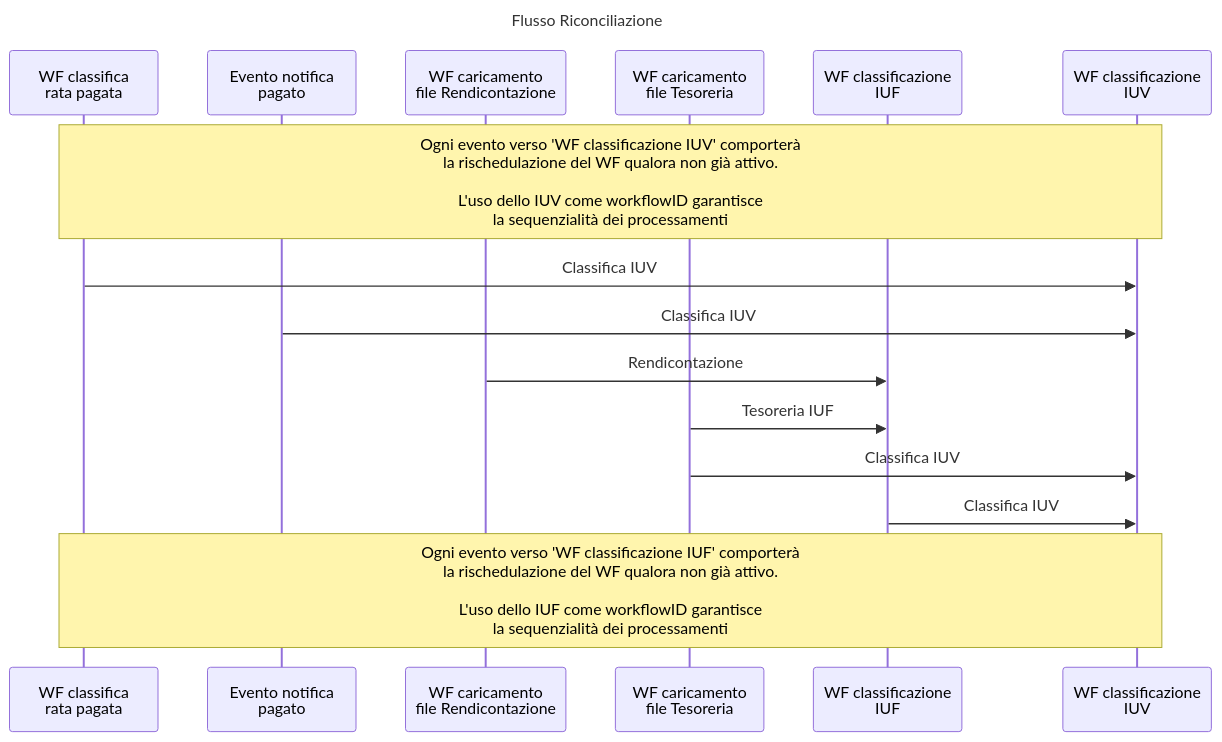
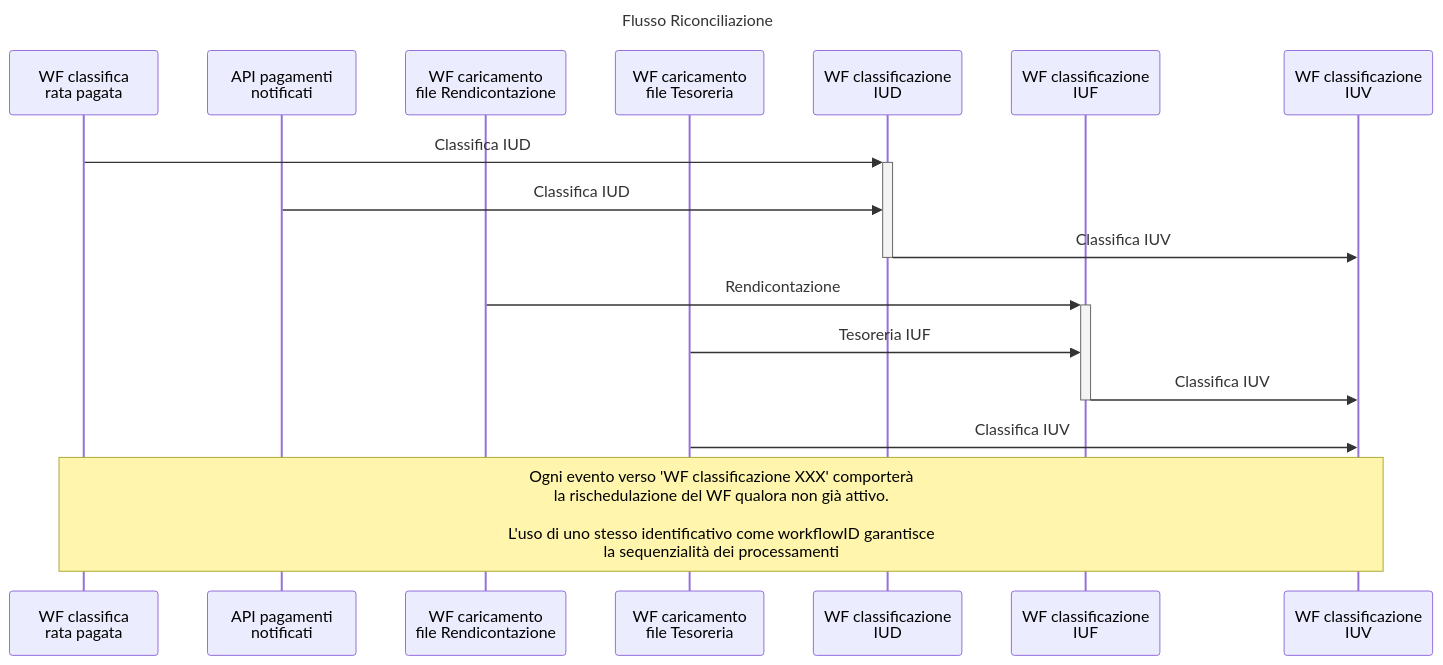
One commit to pagopa/p4pa-doc changed the diagram in design/workflow/classificazioneIncassi/05.seq_classificazione.mmd. Above: the diagram before and after it, drawn with Mermaid. The commit also changed 14 other files, not shown here.

```diff
--- a/design/workflow/classificazioneIncassi/05.seq_classificazione.mmd
+++ b/design/workflow/classificazioneIncassi/05.seq_classificazione.mmd
@@ -1,21 +1,21 @@
 ---
 title: Flusso Riconciliazione
 ---
 sequenceDiagram
     participant WF_RT as WF classifica<BR />rata pagata
-    participant EV_RT_N as Evento notifica<BR />pagato
+    participant API_RT_N as API pagamenti<BR />notificati
     participant WF_R as WF caricamento<BR />file Rendicontazione
     participant WF_T as WF caricamento<BR />file Tesoreria
+    participant WF_CLS_IUD as WF classificazione<BR />IUD
     participant WF_CLS_IUF as WF classificazione<BR />IUF
     participant WF_CLS_IUV as WF classificazione<BR />IUV
 
-    note over WF_RT,WF_CLS_IUV: Ogni evento verso 'WF classificazione IUV' comporterà<BR />la rischedulazione del WF qualora non già attivo.<BR/><BR/>L'uso dello IUV come workflowID garantisce<BR />la sequenzialità dei processamenti
+    WF_RT ->>+ WF_CLS_IUD: Classifica IUD
+    API_RT_N ->> WF_CLS_IUD: Classifica IUD
+    WF_CLS_IUD ->>- WF_CLS_IUV: Classifica IUV
+    WF_R ->>+ WF_CLS_IUF: Rendicontazione
+    WF_T ->> WF_CLS_IUF: Tesoreria IUF
+    WF_CLS_IUF ->>- WF_CLS_IUV: Classifica IUV
+    WF_T ->> WF_CLS_IUV: Classifica IUV
 
-    WF_RT ->> WF_CLS_IUV: Classifica IUV
-    EV_RT_N ->> WF_CLS_IUV: Classifica IUV
-    WF_R ->> WF_CLS_IUF: Rendicontazione
-    WF_T ->> WF_CLS_IUF: Tesoreria IUF
-    WF_T ->> WF_CLS_IUV: Classifica IUV
-    WF_CLS_IUF ->> WF_CLS_IUV: Classifica IUV
-
-    note over WF_RT,WF_CLS_IUV: Ogni evento verso 'WF classificazione IUF' comporterà<BR />la rischedulazione del WF qualora non già attivo.<BR/><BR/>L'uso dello IUF come workflowID garantisce<BR />la sequenzialità dei processamenti
+    note over WF_RT,WF_CLS_IUV: Ogni evento verso 'WF classificazione XXX' comporterà<BR />la rischedulazione del WF qualora non già attivo.<BR/><BR/>L'uso di uno stesso identificativo come workflowID garantisce<BR />la sequenzialità dei processamenti
```
